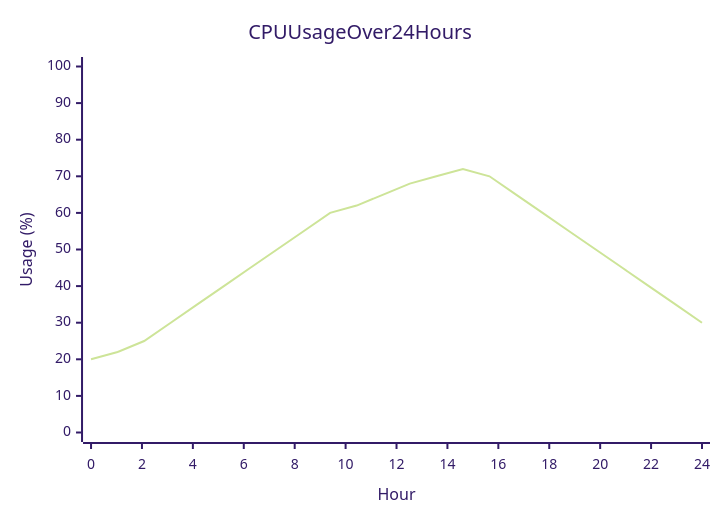
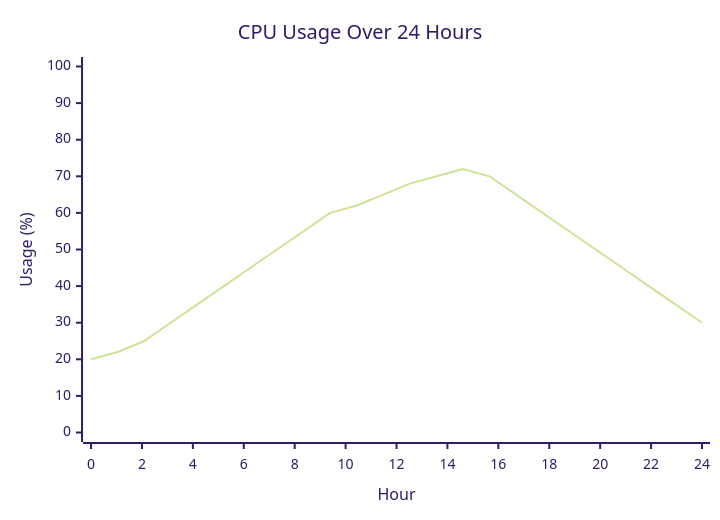
One commit to BitYoungjae/marketplace changed diagram 18 of 23 in plugins/obsidian-blocks/skills/mermaid-diagramming/xychart.md. Above: the diagram before and after it, drawn with Mermaid (forest theme). The commit also changed other lines of this file and 14 other files, not shown here.

First line of the commit message:
feat(obsidian-blocks): add Session 3 Mermaid diagrams

````diff
--- a/plugins/obsidian-blocks/skills/mermaid-diagramming/xychart.md
+++ b/plugins/obsidian-blocks/skills/mermaid-diagramming/xychart.md
@@ -231,7 +239,7 @@
 ```mermaid
 xychart-beta
-    title CPU Usage Over 24 Hours
+    title "CPU Usage Over 24 Hours"
     x-axis "Hour" 0 --> 24
     y-axis "Usage (%)" 0 --> 100
     line [20, 22, 25, 30, 35, 40, 45, 50, 55, 60, 62, 65, 68, 70, 72, 70, 65, 60, 55, 50, 45, 40, 35, 30]
 ```
````
